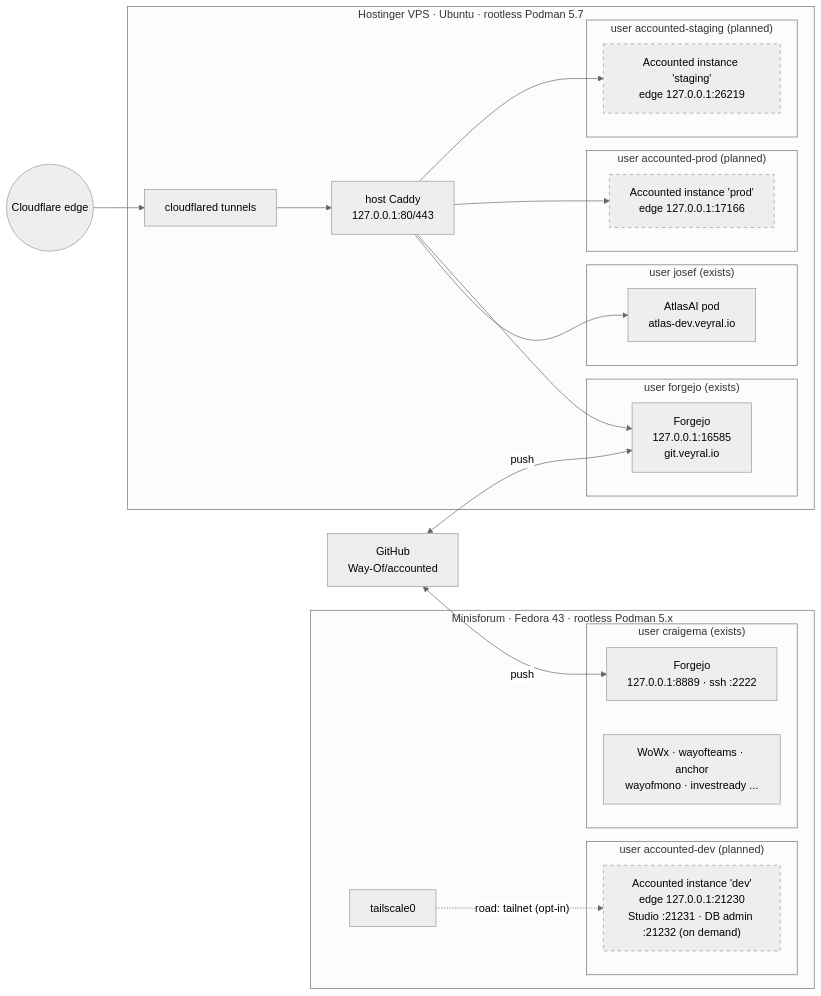
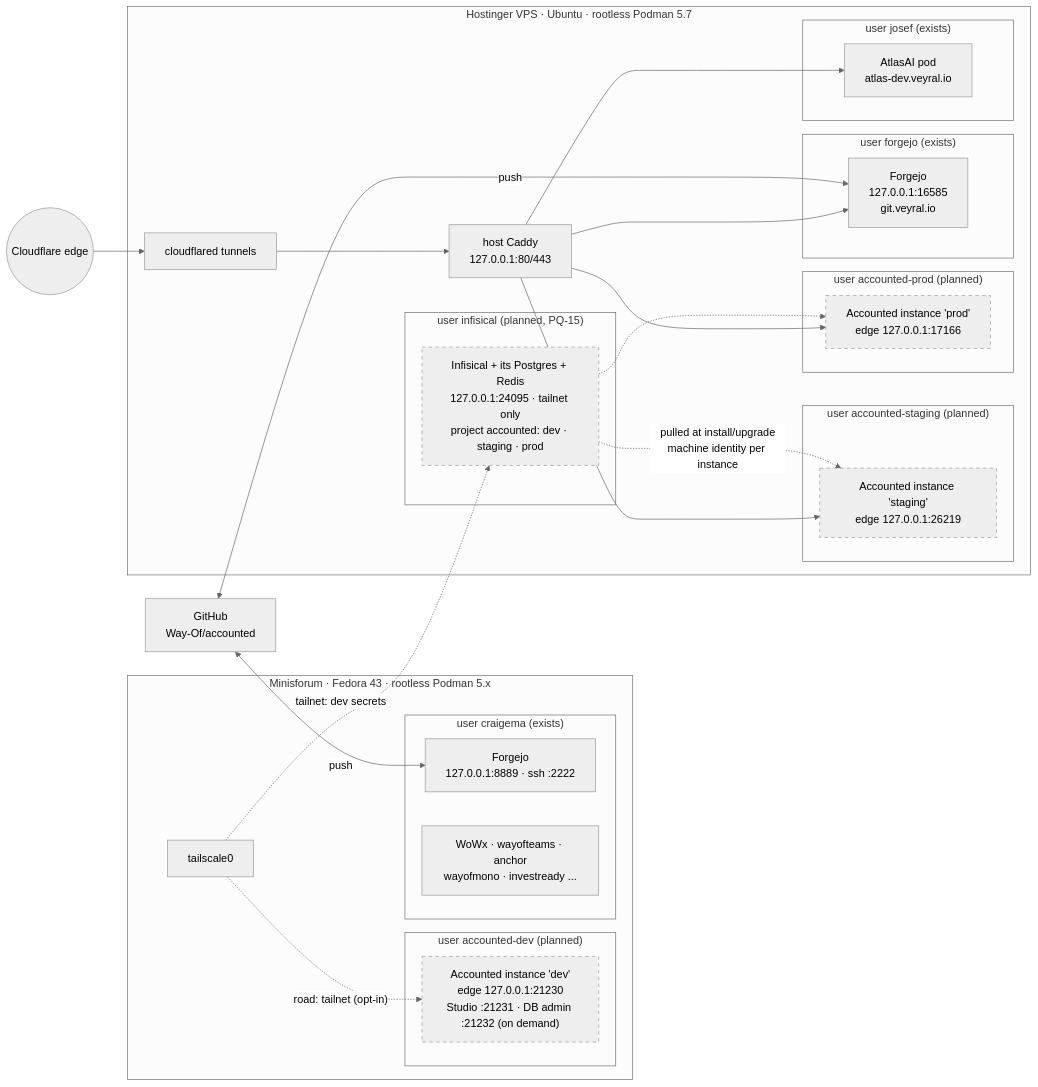
Before and after one commit to Way-Of/accounted: the second of 6 diagrams in docs/plans/podman-quadlet/ARCHITECTURE.md, drawn with Mermaid (neutral theme). The commit also changed 7 other files, not shown here.

````diff
--- a/docs/plans/podman-quadlet/ARCHITECTURE.md
+++ b/docs/plans/podman-quadlet/ARCHITECTURE.md
@@ -80,45 +80,51 @@
 ```mermaid
 flowchart LR
     subgraph mini["Minisforum · Fedora 43 · rootless Podman 5.x"]
       subgraph udev["user accounted-dev (planned)"]
         devinst["Accounted instance 'dev'<br/>edge 127.0.0.1:21230<br/>Studio :21231 · DB admin :21232 (on demand)"]
       end
       subgraph ucraig["user craigema (exists)"]
         fj1["Forgejo<br/>127.0.0.1:8889 · ssh :2222"]
         others1["WoWx · wayofteams · anchor<br/>wayofmono · investready ..."]
       end
       ts1["tailscale0"]
     end
 
     subgraph hst["Hostinger VPS · Ubuntu · rootless Podman 5.7"]
       caddy["host Caddy<br/>127.0.0.1:80/443"]
       cfd["cloudflared tunnels"]
       subgraph ustg["user accounted-staging (planned)"]
         stginst["Accounted instance 'staging'<br/>edge 127.0.0.1:26219"]
       end
       subgraph uprod["user accounted-prod (planned)"]
         prodinst["Accounted instance 'prod'<br/>edge 127.0.0.1:17166"]
       end
       subgraph ufj["user forgejo (exists)"]
         fj2["Forgejo<br/>127.0.0.1:16585<br/>git.veyral.io"]
       end
       subgraph ujosef["user josef (exists)"]
         atlas["AtlasAI pod<br/>atlas-dev.veyral.io"]
       end
+      subgraph uinf["user infisical (planned, PQ-15)"]
+        inf["Infisical + its Postgres + Redis<br/>127.0.0.1:24095 · tailnet only<br/>project accounted: dev · staging · prod"]
+      end
     end
 
     gh["GitHub<br/>Way-Of/accounted"]
     cloud(("Cloudflare edge"))
 
     cloud --> cfd --> caddy
     caddy --> stginst
     caddy --> prodinst
     caddy --> fj2
     caddy --> atlas
     ts1 -.->|"road: tailnet (opt-in)"| devinst
     gh <-->|"push"| fj1
     gh <-->|"push"| fj2
+    inf -.->|"pulled at install/upgrade<br/>machine identity per instance"| stginst
+    inf -.-> prodinst
+    ts1 -.->|"tailnet: dev secrets"| inf
 
     classDef planned stroke-dasharray: 5 5
-    class devinst,stginst,prodinst planned
+    class devinst,stginst,prodinst,inf planned
 ```
````
